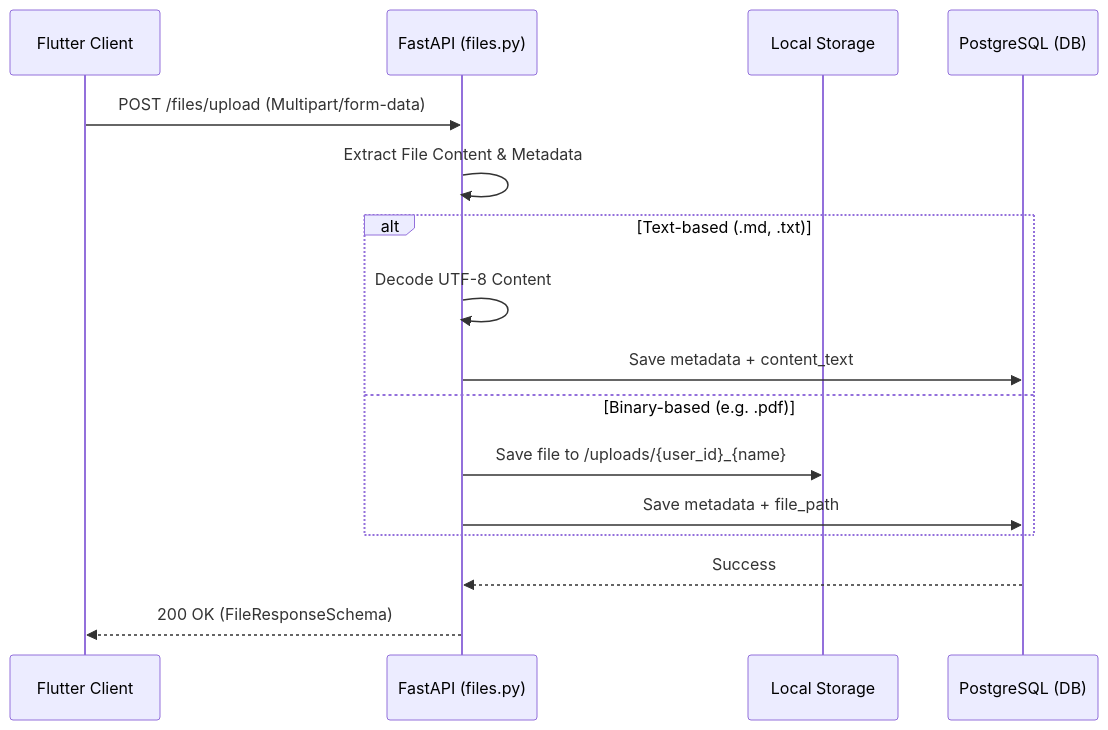
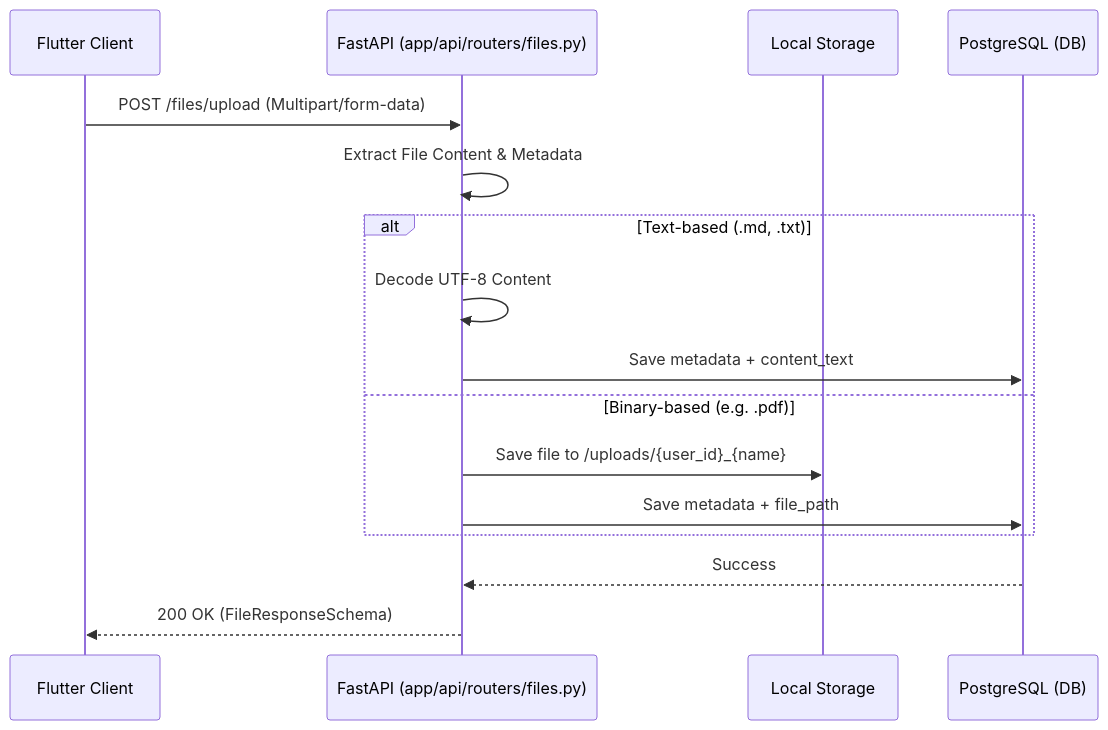
Before and after one commit to siddhant-debug/brain-dump: the fourth of 7 diagrams in documentation/backend/BACKEND.md, drawn with Mermaid. The commit also changed other lines of this file and 24 other files, not shown here.

````diff
--- a/documentation/backend/BACKEND.md
+++ b/documentation/backend/BACKEND.md
@@ -118,19 +118,19 @@
 ```mermaid
 sequenceDiagram
     participant User as Flutter Client
-    participant API as FastAPI (files.py)
+    participant API as FastAPI (app/api/routers/files.py)
     participant Disk as Local Storage
     participant DB as PostgreSQL (DB)
 
     User->>API: POST /files/upload (Multipart/form-data)
     API->>API: Extract File Content & Metadata
     alt Text-based (.md, .txt)
         API->>API: Decode UTF-8 Content
         API->>DB: Save metadata + content_text
     else Binary-based (e.g. .pdf)
         API->>Disk: Save file to /uploads/{user_id}_{name}
         API->>DB: Save metadata + file_path
     end
     DB-->>API: Success
     API-->>User: 200 OK (FileResponseSchema)
 ```
````
